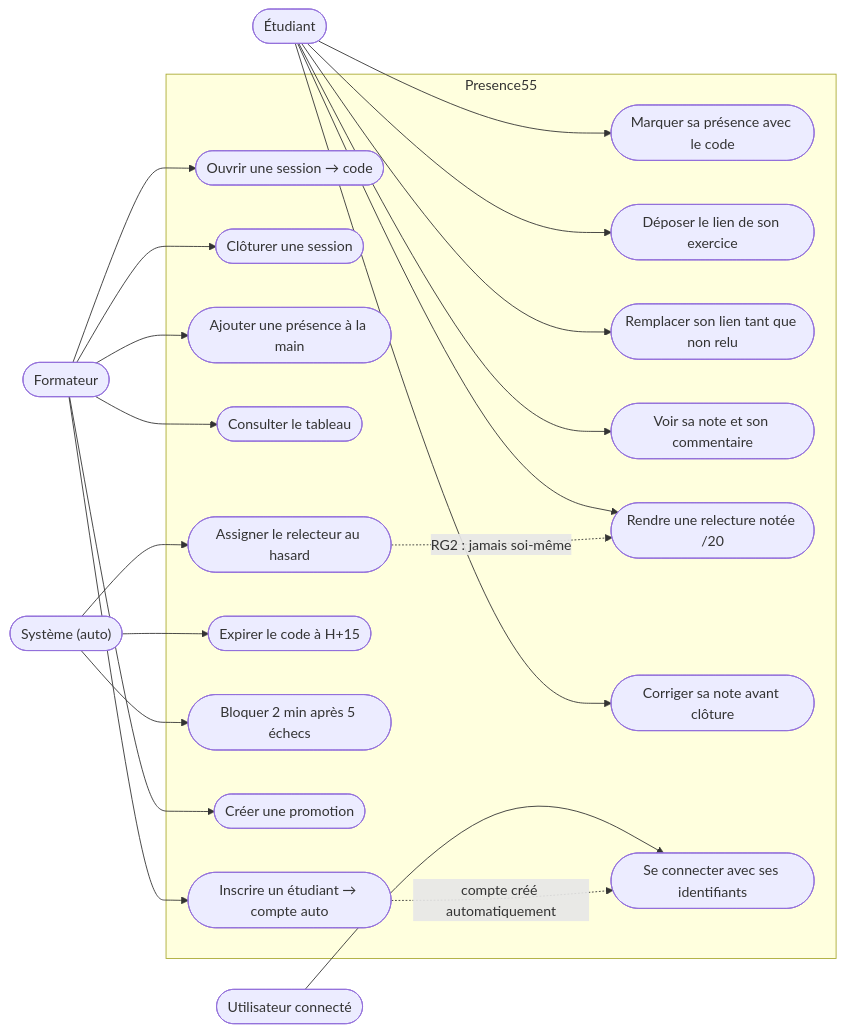
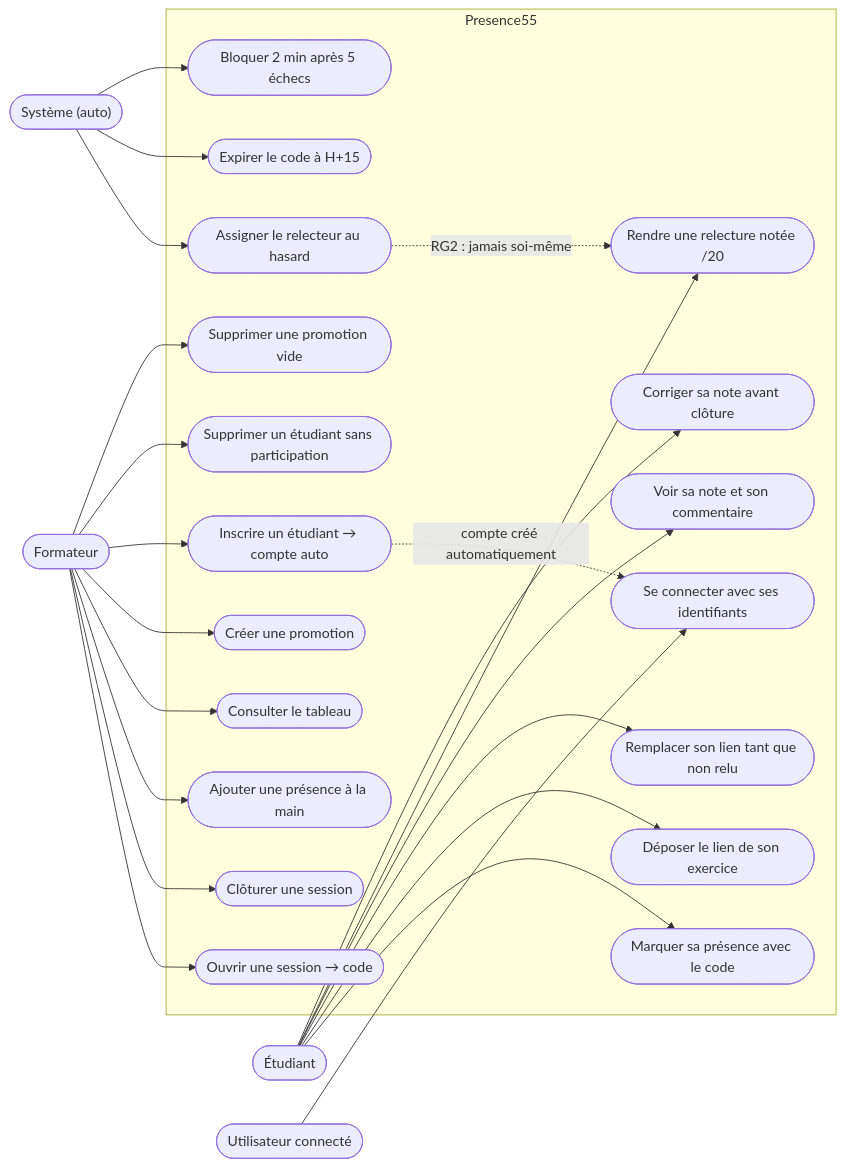
The diagram in docs/diagrammes/D1-cas-utilisation.md (zidane2001/kfokam48-epreuve-269), drawn with Mermaid before and after one commit. The commit also changed other lines of this file and 3 other files, not shown here.

````diff
--- a/docs/diagrammes/D1-cas-utilisation.md
+++ b/docs/diagrammes/D1-cas-utilisation.md
@@ -3,45 +3,49 @@
 ```mermaid
 graph LR
     formateur([Formateur])
     etudiant([Étudiant])
     utilisateur([Utilisateur connecté])
     systeme(["Système (auto)"])
 
     subgraph Presence55
       UC1([Ouvrir une session → code])
       UC2([Clôturer une session])
       UC3([Ajouter une présence à la main])
       UC4([Consulter le tableau])
       UC5([Marquer sa présence avec le code])
       UC6([Déposer le lien de son exercice])
       UC7([Remplacer son lien tant que non relu])
       UC8([Voir sa note et son commentaire])
       UC9([Rendre une relecture notée /20])
       UC10([Corriger sa note avant clôture])
       UC11([Assigner le relecteur au hasard])
       UC12([Expirer le code à H+15])
       UC13([Bloquer 2 min après 5 échecs])
       UC14([Se connecter avec ses identifiants])
       UC15([Créer une promotion])
       UC16([Inscrire un étudiant → compte auto])
+      UC17([Supprimer un étudiant sans participation])
+      UC18([Supprimer une promotion vide])
     end
 
     utilisateur --> UC14
     formateur --> UC1
     formateur --> UC2
     formateur --> UC3
     formateur --> UC4
     formateur --> UC15
     formateur --> UC16
+    formateur --> UC17
+    formateur --> UC18
     etudiant --> UC5
     etudiant --> UC6
     etudiant --> UC7
     etudiant --> UC8
     etudiant --> UC9
     etudiant --> UC10
     systeme --> UC11
     systeme --> UC12
     systeme --> UC13
     UC11 -. RG2 : jamais soi-même .-> UC9
     UC16 -. compte créé automatiquement .-> UC14
 ```
````
